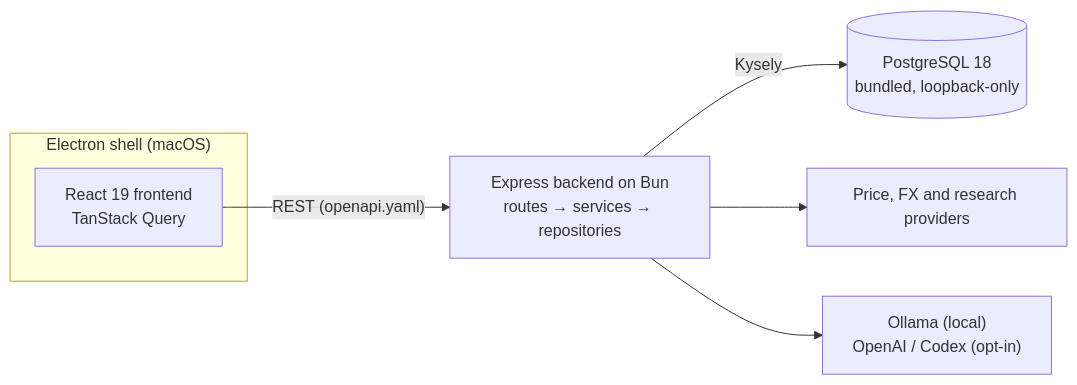
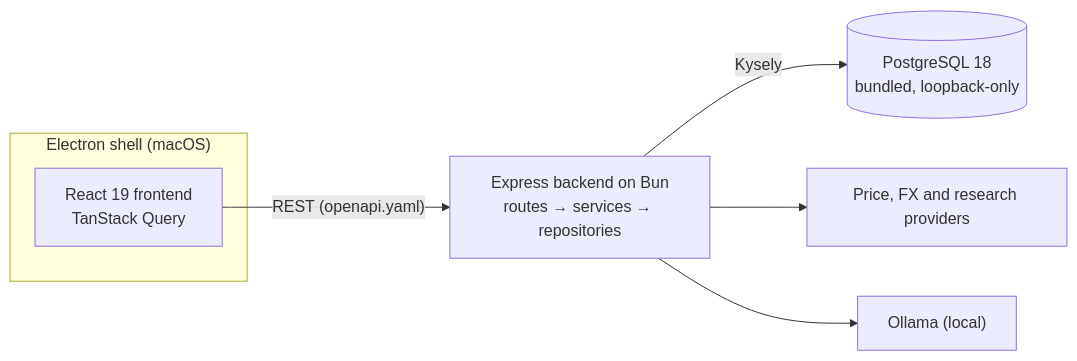
The diagram in README.md (EraPartner/Vision), drawn with Mermaid before and after one commit. The commit also changed other lines of this file and 146 other files, not shown here.

First line of the commit message:
feat(ai)!: remove the OpenAI, Codex and AgentCloak cloud routes (#336)

````diff
--- a/README.md
+++ b/README.md
@@ -149,10 +146,10 @@
 ```mermaid
 flowchart LR
   subgraph Electron["Electron shell (macOS)"]
     UI["React 19 frontend<br/>TanStack Query"]
   end
   UI -- "REST (openapi.yaml)" --> API["Express backend on Bun<br/>routes → services → repositories"]
   API -- "Kysely" --> DB[("PostgreSQL 18<br/>bundled, loopback-only")]
   API --> Ext["Price, FX and research providers"]
-  API --> AI["Ollama (local)<br/>OpenAI / Codex (opt-in)"]
+  API --> AI["Ollama (local)"]
 ```
````
